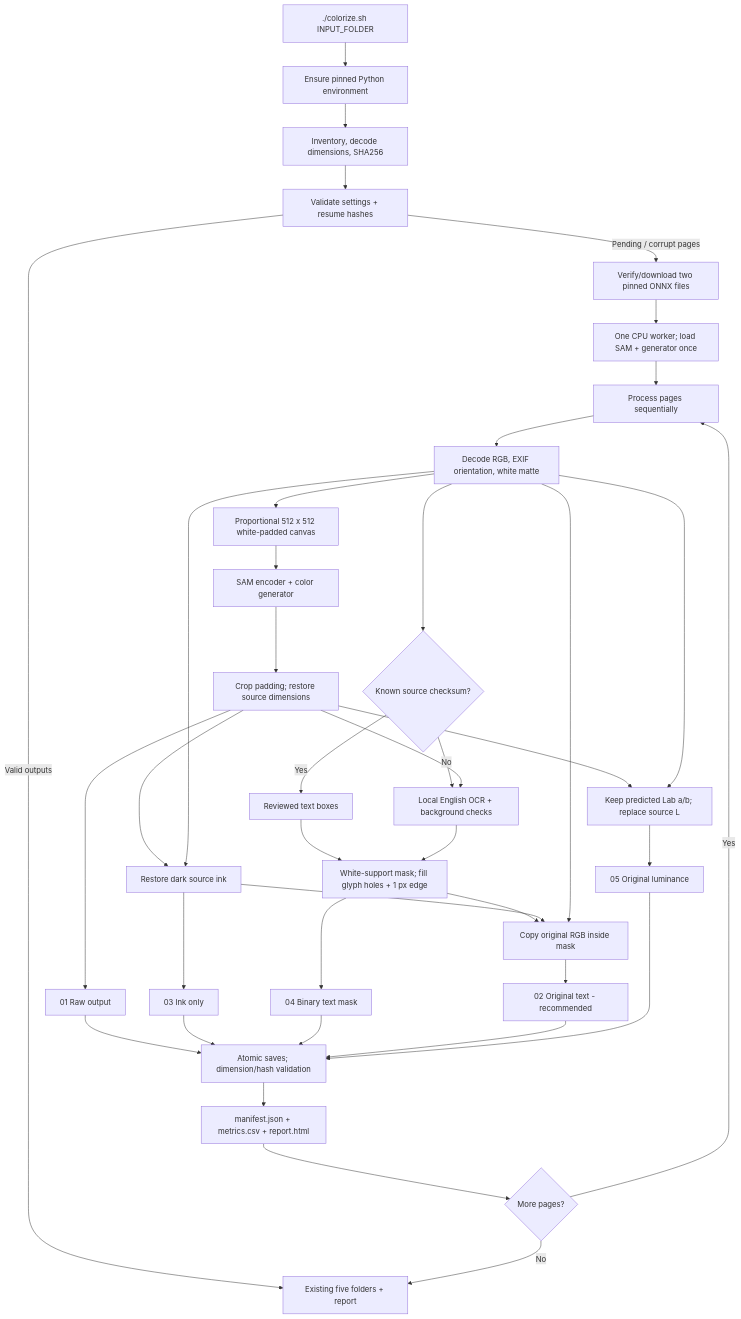
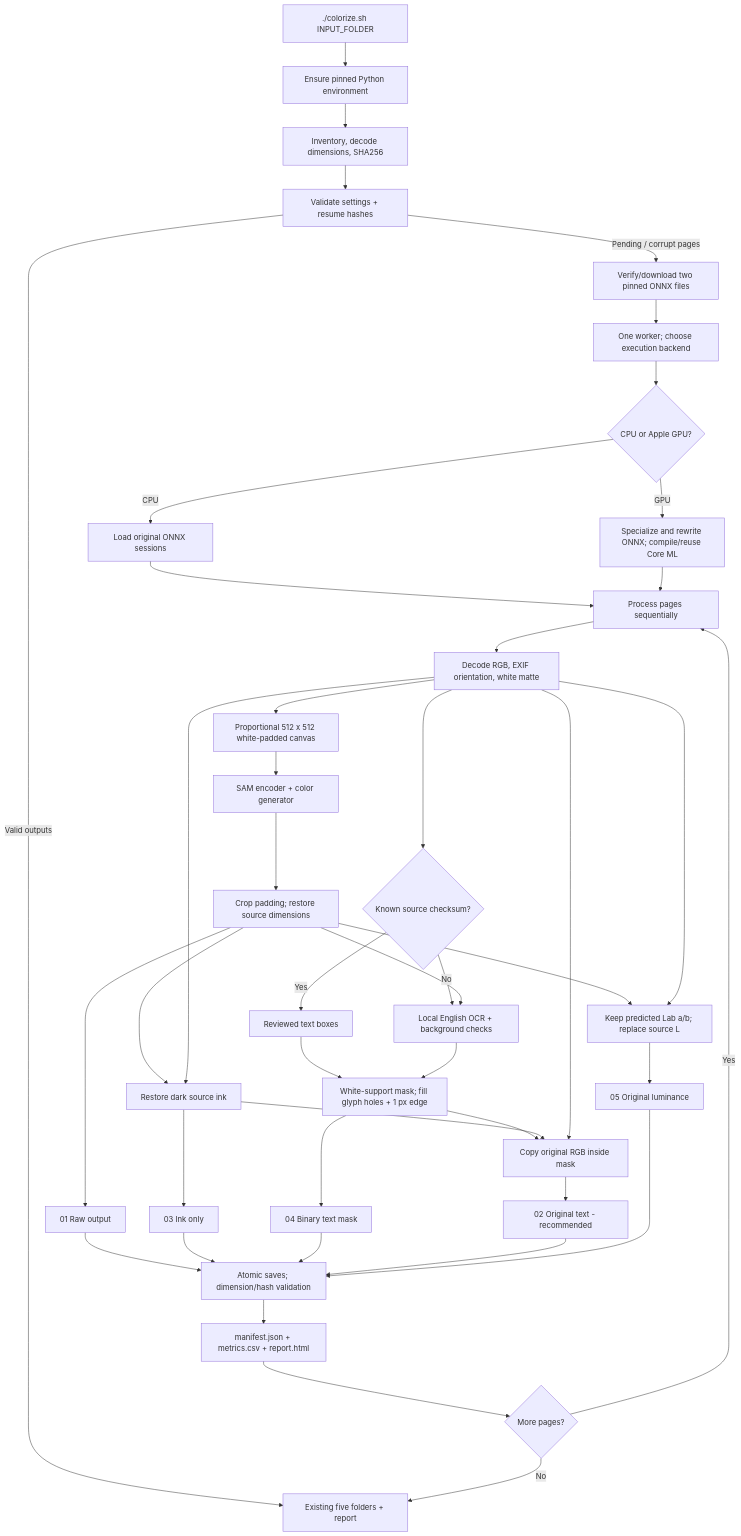
Before and after one commit to Maanas-Verma/exp-manga-colorization: the diagram in docs/architecture.md, drawn with Mermaid. The commit also changed other lines of this file and 13 other files, not shown here.

Commit message:
Accelerate Manga Light with optimized Core ML GPU graphs

````diff
--- a/docs/architecture.md
+++ b/docs/architecture.md
@@ -5,41 +5,45 @@
 ```mermaid
 flowchart TD
     A["./colorize.sh INPUT_FOLDER"] --> B["Ensure pinned Python environment"]
     B --> C["Inventory, decode dimensions, SHA256"]
     C --> D["Validate settings + resume hashes"]
     D -->|"Valid outputs"| Z["Existing five folders + report"]
     D -->|"Pending / corrupt pages"| E["Verify/download two pinned ONNX files"]
-    E --> F["One CPU worker; load SAM + generator once"]
-    F --> G["Process pages sequentially"]
+    E --> F["One worker; choose execution backend"]
+    F --> F2{"CPU or Apple GPU?"}
+    F2 -->|CPU| F3["Load original ONNX sessions"]
+    F2 -->|GPU| F4["Specialize and rewrite ONNX; compile/reuse Core ML"]
+    F3 --> G["Process pages sequentially"]
+    F4 --> G
     G --> H["Decode RGB, EXIF orientation, white matte"]
     H --> I["Proportional 512 x 512 white-padded canvas"]
     I --> J["SAM encoder + color generator"]
     J --> K["Crop padding; restore source dimensions"]
     K --> R["01 Raw output"]
     K --> L["Restore dark source ink"]
     H --> L
     L --> P["03 Ink only"]
     H --> M{"Known source checksum?"}
     M -->|Yes| N["Reviewed text boxes"]
     M -->|No| O["Local English OCR + background checks"]
     K --> O
     N --> Q["White-support mask; fill glyph holes + 1 px edge"]
     O --> Q
     Q --> S["04 Binary text mask"]
     Q --> T["Copy original RGB inside mask"]
     L --> T
     H --> T
     T --> U["02 Original text - recommended"]
     K --> V["Keep predicted Lab a/b; replace source L"]
     H --> V
     V --> W["05 Original luminance"]
     R --> X["Atomic saves; dimension/hash validation"]
     P --> X
     S --> X
     U --> X
     W --> X
     X --> Y["manifest.json + metrics.csv + report.html"]
     Y --> AA{"More pages?"}
     AA -->|Yes| G
     AA -->|No| Z
 ```
````
